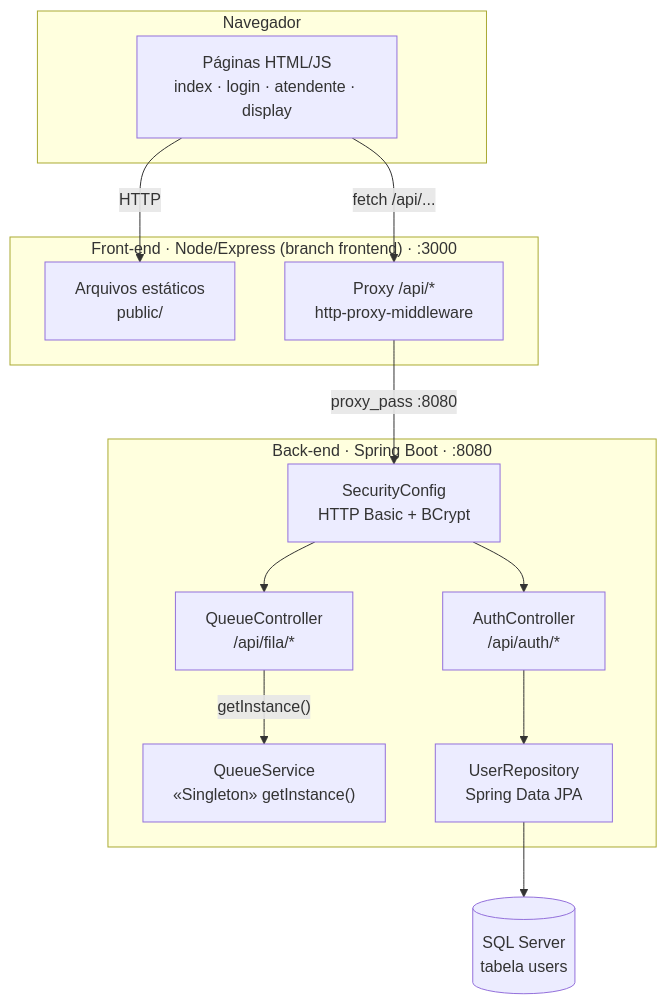
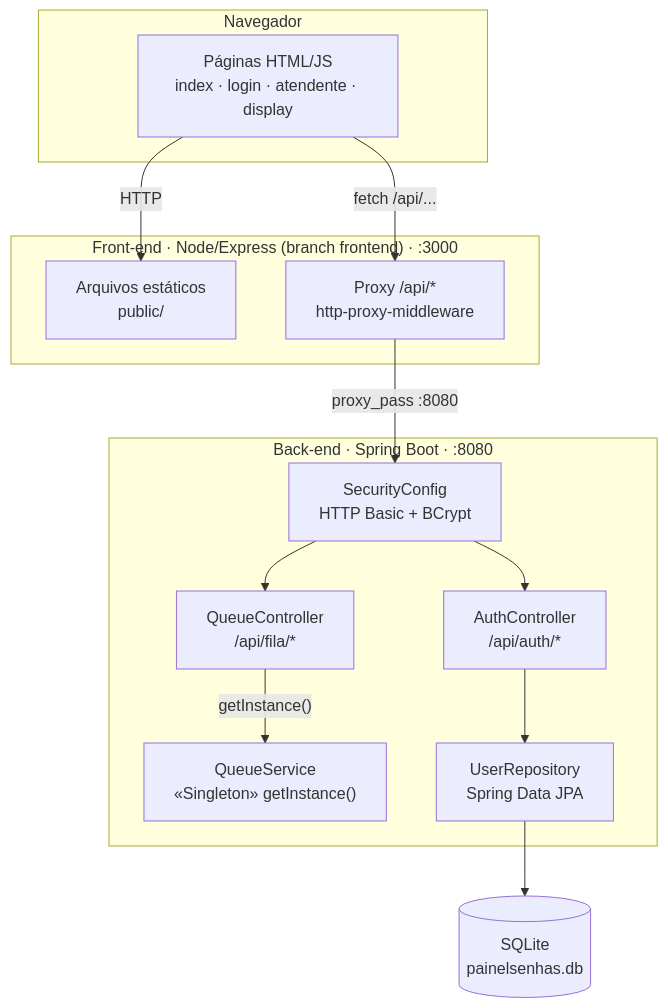
The first of 3 diagrams in README.md (DiegoQuirino-hub/PadroesProjetoSoftware), drawn with Mermaid before and after one commit. The commit also changed other lines of this file and 7 other files, not shown here.

````diff
--- a/README.md
+++ b/README.md
@@ -9,30 +9,30 @@
 ```mermaid
 graph TB
     subgraph Cliente["Navegador"]
         UI["Páginas HTML/JS<br/>index · login · atendente · display"]
     end
 
     subgraph Front["Front-end · Node/Express (branch frontend) · :3000"]
         Static["Arquivos estáticos<br/>public/"]
         Proxy["Proxy /api/*<br/>http-proxy-middleware"]
     end
 
     subgraph Back["Back-end · Spring Boot · :8080"]
         Security["SecurityConfig<br/>HTTP Basic + BCrypt"]
         AuthCtrl["AuthController<br/>/api/auth/*"]
         QueueCtrl["QueueController<br/>/api/fila/*"]
         Singleton["QueueService<br/>«Singleton» getInstance()"]
         Repo["UserRepository<br/>Spring Data JPA"]
     end
 
-    DB[("SQL Server<br/>tabela users")]
+    DB[("SQLite<br/>painelsenhas.db")]
 
     UI -->|"HTTP"| Static
     UI -->|"fetch /api/..."| Proxy
     Proxy -->|"proxy_pass :8080"| Security
     Security --> AuthCtrl
     Security --> QueueCtrl
     AuthCtrl --> Repo
     QueueCtrl -->|"getInstance()"| Singleton
     Repo --> DB
 ```
````
